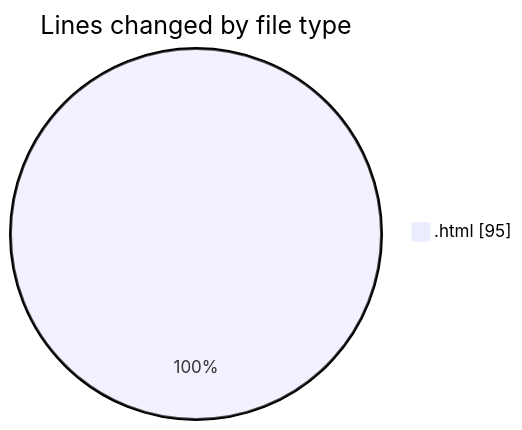
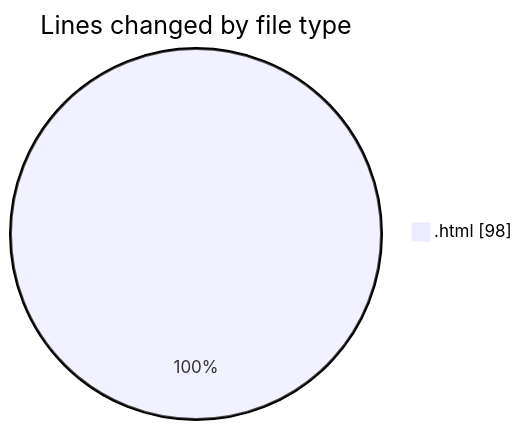
Before and after one commit to nxtqubesakshisongat/code-tracking: the first of 2 diagrams in 2025-10-24/javacript/README.md, drawn with Mermaid. The commit also changed other lines of this file and 1 other file, not shown here.

````diff
--- a/2025-10-24/javacript/README.md
+++ b/2025-10-24/javacript/README.md
@@ -20,5 +20,5 @@
 ```mermaid
 pie showData
 title Lines changed by file type
-".html" : 95
+".html" : 98
 ```
````
